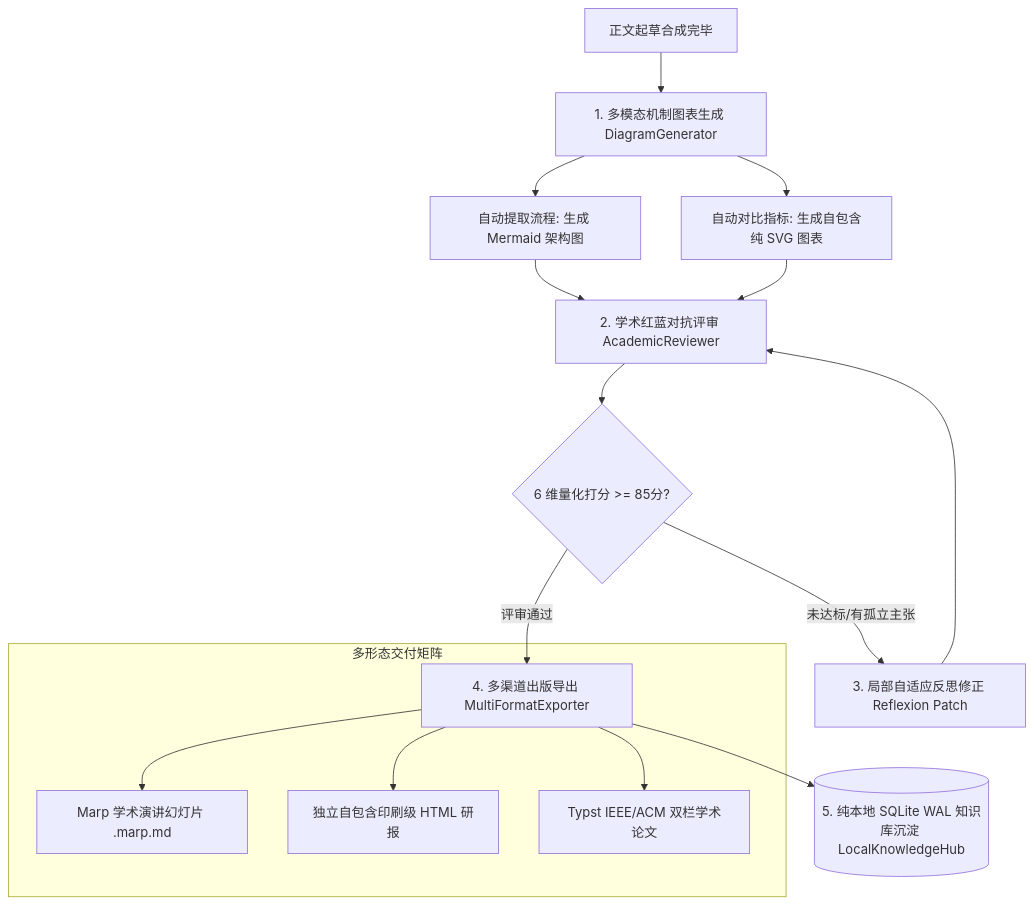
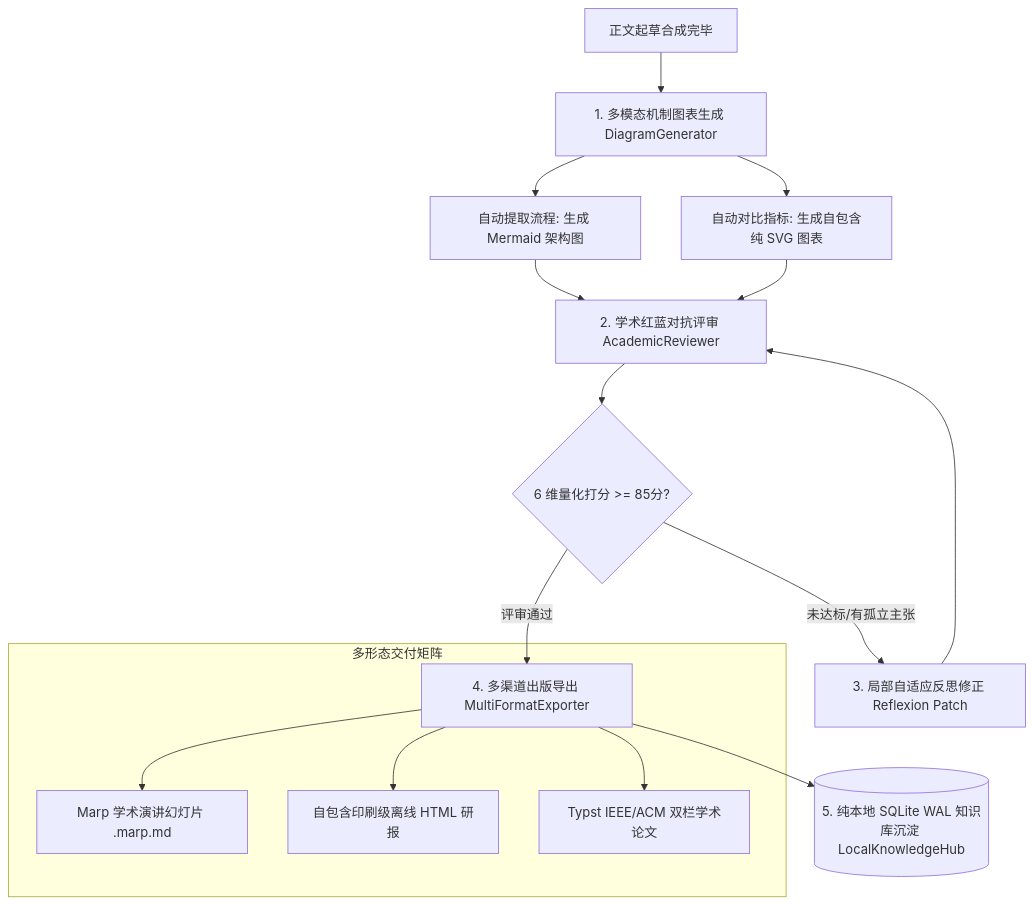
Before and after one commit to itrilogy/LUCY-SUZHI: the diagram in 素材/STORM_多模态图表_学术评审与多格式出版落地实录.md, drawn with Mermaid. The commit also changed 9 other files, not shown here.

Commit message:
fix(docs): fix all Mermaid diagram subgraph syntax for GitHub markdown rendering

````diff
--- a/素材/STORM_多模态图表_学术评审与多格式出版落地实录.md
+++ b/素材/STORM_多模态图表_学术评审与多格式出版落地实录.md
@@ -7,20 +7,20 @@
 ```mermaid
 flowchart TD
     Article[正文起草合成完毕] --> DiagramGen[1. 多模态机制图表生成 DiagramGenerator]
     DiagramGen --> Mermaid[自动提取流程: 生成 Mermaid 架构图]
     DiagramGen --> SVG[自动对比指标: 生成自包含纯 SVG 图表]
 
     Mermaid & SVG --> Reviewer[2. 学术红蓝对抗评审 AcademicReviewer]
     Reviewer --> Score6D{6 维量化打分 >= 85分?}
     Score6D -- 未达标/有孤立主张 --> Reflexion[3. 局部自适应反思修正 Reflexion Patch]
     Reflexion --> Reviewer
     Score6D -- 评审通过 --> Exporters[4. 多渠道出版导出 MultiFormatExporter]
 
-    subgraph 多形态交付矩阵
-        Exporters --> MarpSlides[Marp 学术演讲幻灯片 .marp.md]
-        Exporters --> StandaloneHTML[独立自包含印刷级 HTML 研报]
-        Exporters --> TypstPDF[Typst IEEE/ACM 双栏学术论文]
+    subgraph Sub_Exports ["多形态交付矩阵"]
+        Exporters --> MarpSlides["Marp 学术演讲幻灯片 .marp.md"]
+        Exporters --> StandaloneHTML["自包含印刷级离线 HTML 研报"]
+        Exporters --> TypstPDF["Typst IEEE/ACM 双栏学术论文"]
     end
 
     Exporters --> SQLiteKB[(5. 纯本地 SQLite WAL 知识库沉淀 LocalKnowledgeHub)]
 ```
````
